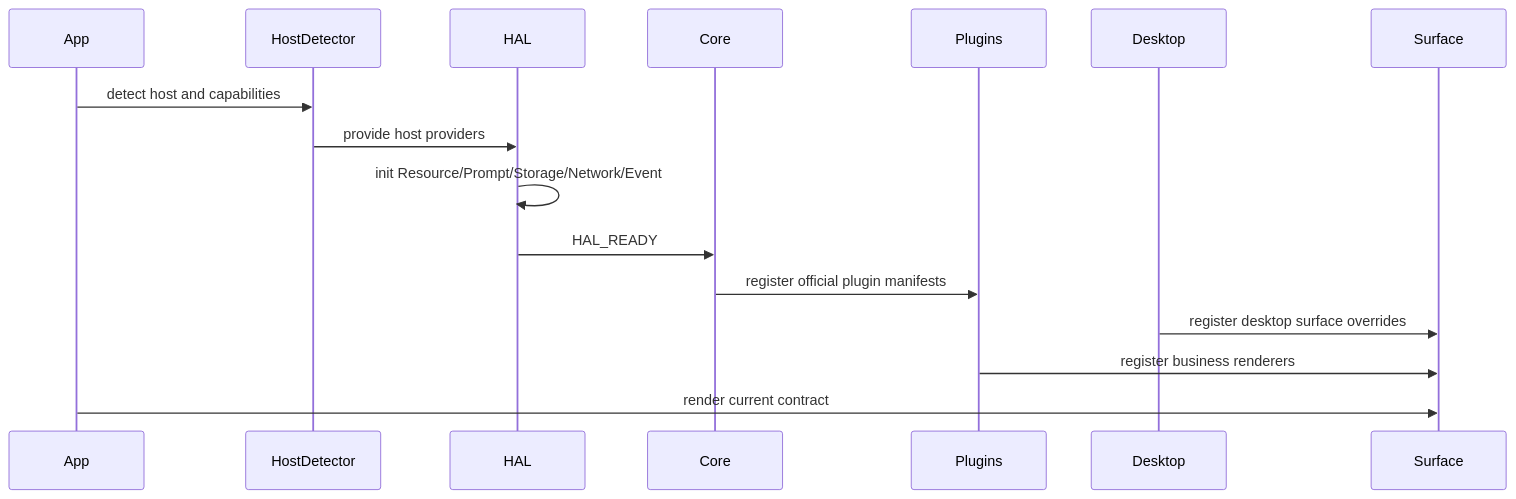
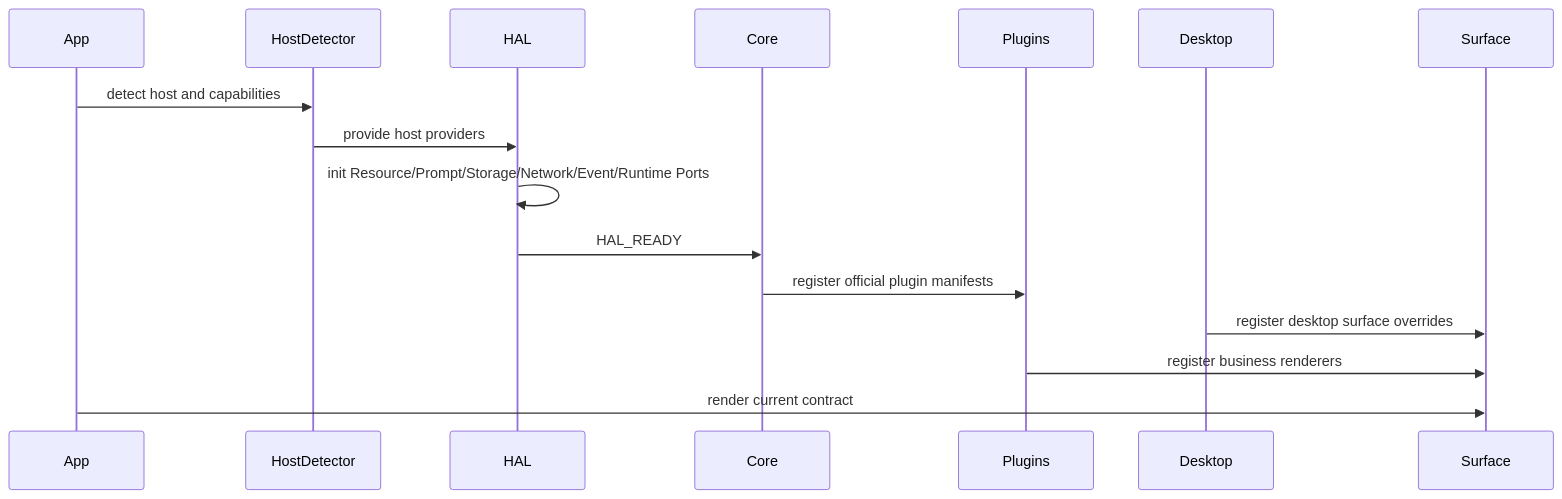
One commit to kineks0-0/LuminaWeave changed the second of 4 diagrams in docs/overall/system_design.md. Above: the diagram before and after it, drawn with Mermaid. The commit also changed other lines of this file and 21 other files, not shown here.

````diff
--- a/docs/overall/system_design.md
+++ b/docs/overall/system_design.md
@@ -156,19 +165,19 @@
 ```mermaid
 sequenceDiagram
     participant App
     participant HostDetector
     participant HAL
     participant Core
     participant Plugins
     participant Desktop
     participant Surface
 
     App->>HostDetector: detect host and capabilities
     HostDetector->>HAL: provide host providers
-    HAL->>HAL: init Resource/Prompt/Storage/Network/Event
+    HAL->>HAL: init Resource/Prompt/Storage/Network/Event/Runtime Ports
     HAL->>Core: HAL_READY
     Core->>Plugins: register official plugin manifests
     Desktop->>Surface: register desktop surface overrides
     Plugins->>Surface: register business renderers
     App->>Surface: render current contract
 ```
````
